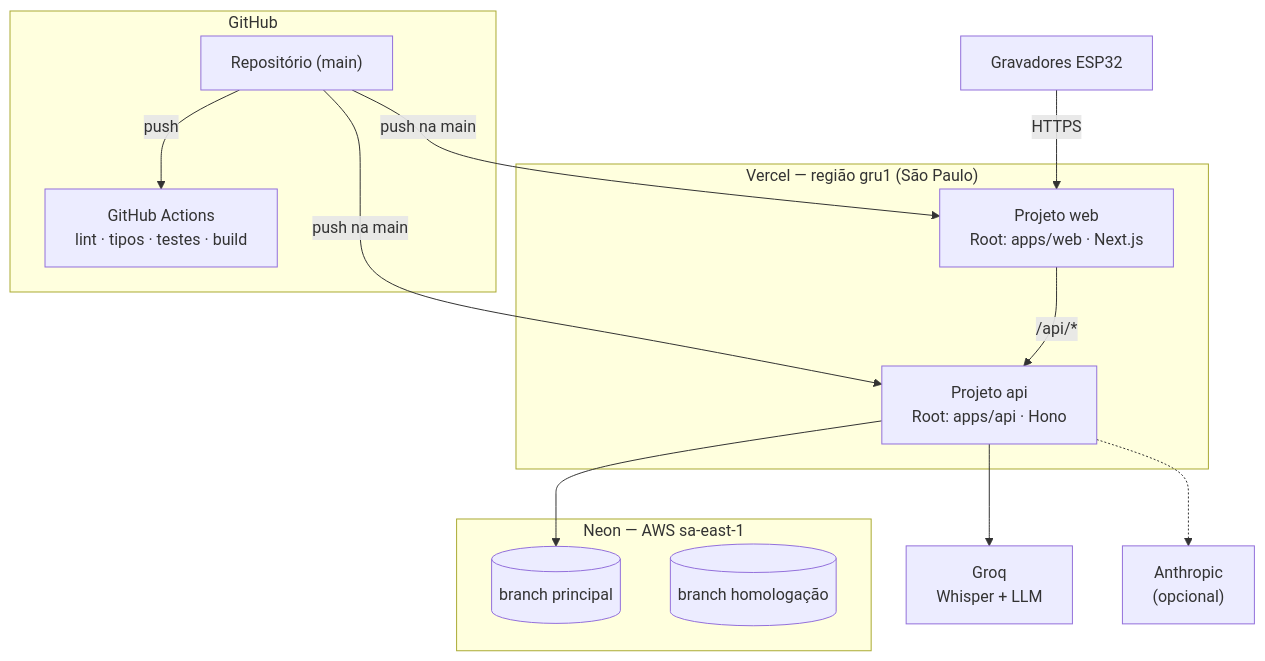
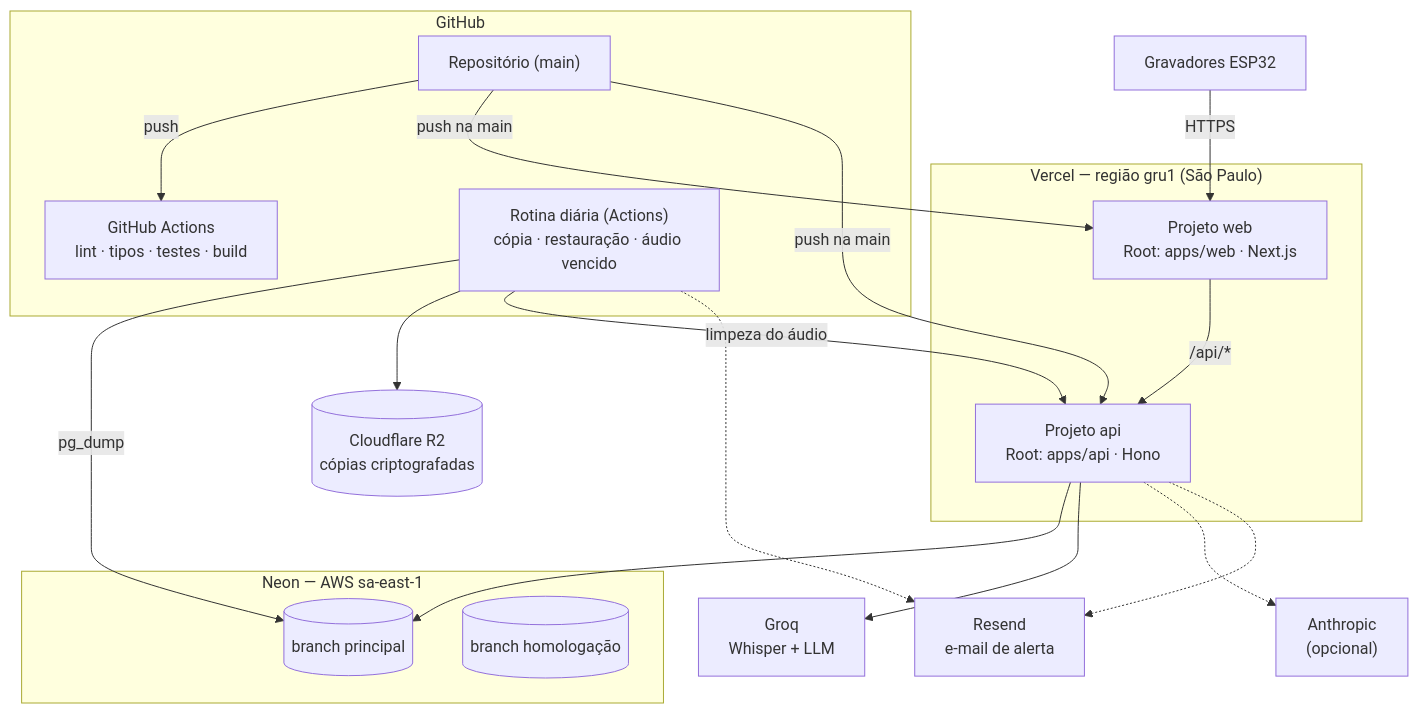
Before and after one commit to Arthur-dezingrini/noteless: the diagram in docs/infraestrutura.md, drawn with Mermaid. The commit also changed other lines of this file and 19 other files, not shown here.

````diff
--- a/docs/infraestrutura.md
+++ b/docs/infraestrutura.md
@@ -5,27 +5,35 @@
 ```mermaid
 flowchart TB
     subgraph GitHub
         R["Repositório (main)"]
         CI["GitHub Actions<br/>lint · tipos · testes · build"]
+        ROT["Rotina diária (Actions)<br/>cópia · restauração · áudio vencido"]
     end
     subgraph Vercel["Vercel — região gru1 (São Paulo)"]
         WEB["Projeto web<br/>Root: apps/web · Next.js"]
         API["Projeto api<br/>Root: apps/api · Hono"]
     end
     subgraph Neon["Neon — AWS sa-east-1"]
         P[("branch principal")]
         H[("branch homologação")]
     end
     GROQ["Groq<br/>Whisper + LLM"]
     ANT["Anthropic<br/>(opcional)"]
     ESP["Gravadores ESP32"]
+    R2[("Cloudflare R2<br/>cópias criptografadas")]
+    RES["Resend<br/>e-mail de alerta"]
 
     R -- push --> CI
     R -- push na main --> WEB
     R -- push na main --> API
     WEB -- "/api/*" --> API
     API --> P
     API --> GROQ
     API -.-> ANT
     ESP -- HTTPS --> WEB
+    ROT -- pg_dump --> P
+    ROT --> R2
+    ROT -- "limpeza do áudio" --> API
+    API -.-> RES
+    ROT -.-> RES
 ```
````
